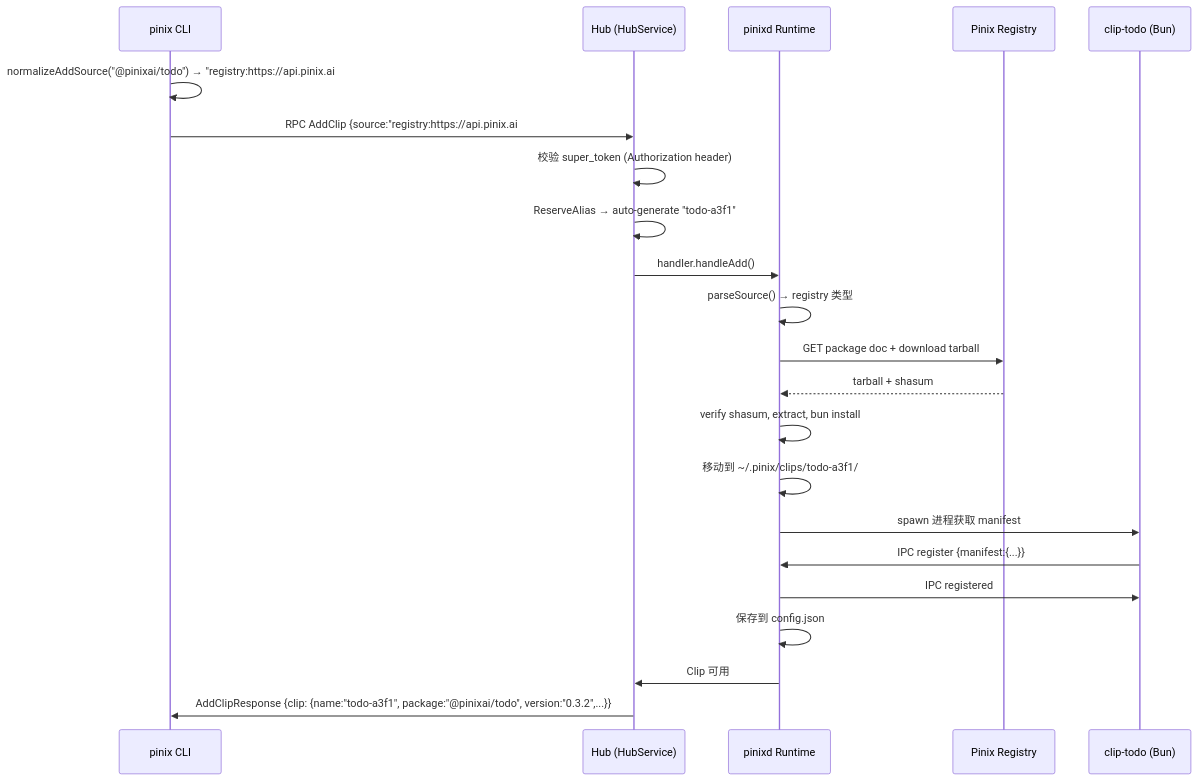
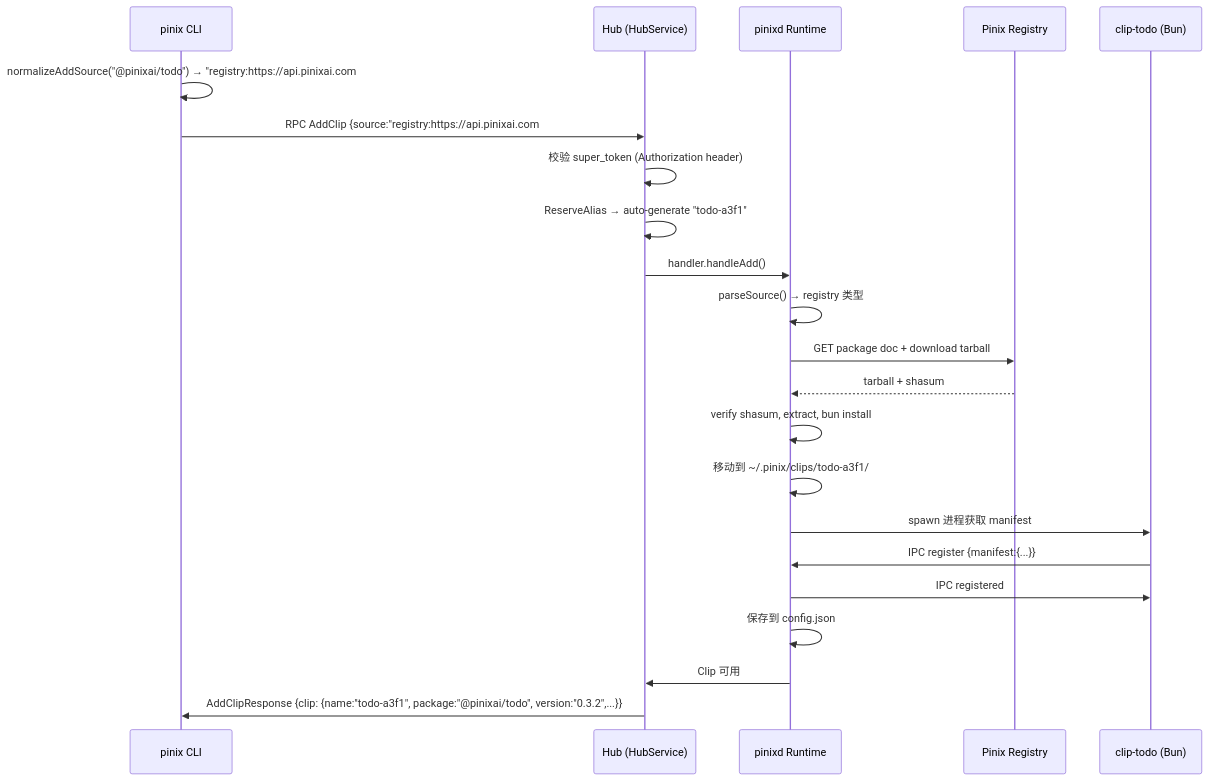
The seventh of 12 diagrams in docs/protocol.md (epiral/pinix), drawn with Mermaid before and after one commit. The commit also changed 8 other files, not shown here.

First line of the commit message:
chore: migrate pinix.ai URLs to pinixai.com (#159)

````diff
--- a/docs/protocol.md
+++ b/docs/protocol.md
@@ -204,25 +204,25 @@
 ```mermaid
 sequenceDiagram
     participant CLI as pinix CLI
     participant Hub as Hub (HubService)
     participant Runtime as pinixd Runtime
     participant Registry as Pinix Registry
     participant Clip as clip-todo (Bun)
 
-    CLI->>CLI: normalizeAddSource("@pinixai/todo") → "registry:https://api.pinix.ai#@pinixai/todo"
-    CLI->>Hub: RPC AddClip {source:"registry:https://api.pinix.ai#@pinixai/todo"}
+    CLI->>CLI: normalizeAddSource("@pinixai/todo") → "registry:https://api.pinixai.com#@pinixai/todo"
+    CLI->>Hub: RPC AddClip {source:"registry:https://api.pinixai.com#@pinixai/todo"}
     Hub->>Hub: 校验 super_token (Authorization header)
     Hub->>Hub: ReserveAlias → auto-generate "todo-a3f1"
     Hub->>Runtime: handler.handleAdd()
     Runtime->>Runtime: parseSource() → registry 类型
     Runtime->>Registry: GET package doc + download tarball
     Registry-->>Runtime: tarball + shasum
     Runtime->>Runtime: verify shasum, extract, bun install
     Runtime->>Runtime: 移动到 ~/.pinix/clips/todo-a3f1/
     Runtime->>Clip: spawn 进程获取 manifest
     Clip->>Runtime: IPC register {manifest:{...}}
     Runtime->>Clip: IPC registered
     Runtime->>Runtime: 保存到 config.json
     Runtime->>Hub: Clip 可用
     Hub->>CLI: AddClipResponse {clip: {name:"todo-a3f1", package:"@pinixai/todo", version:"0.3.2",...}}
 ```
````
